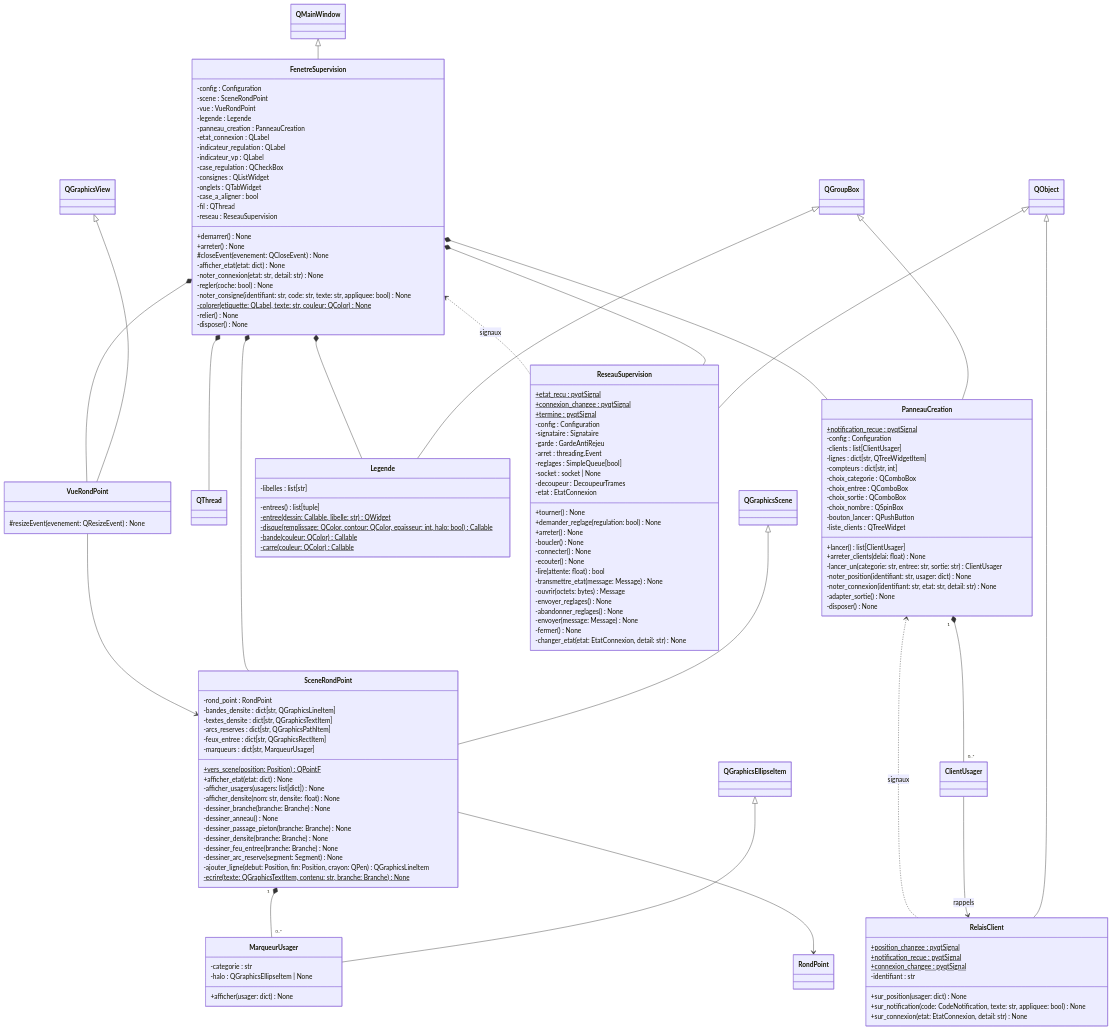
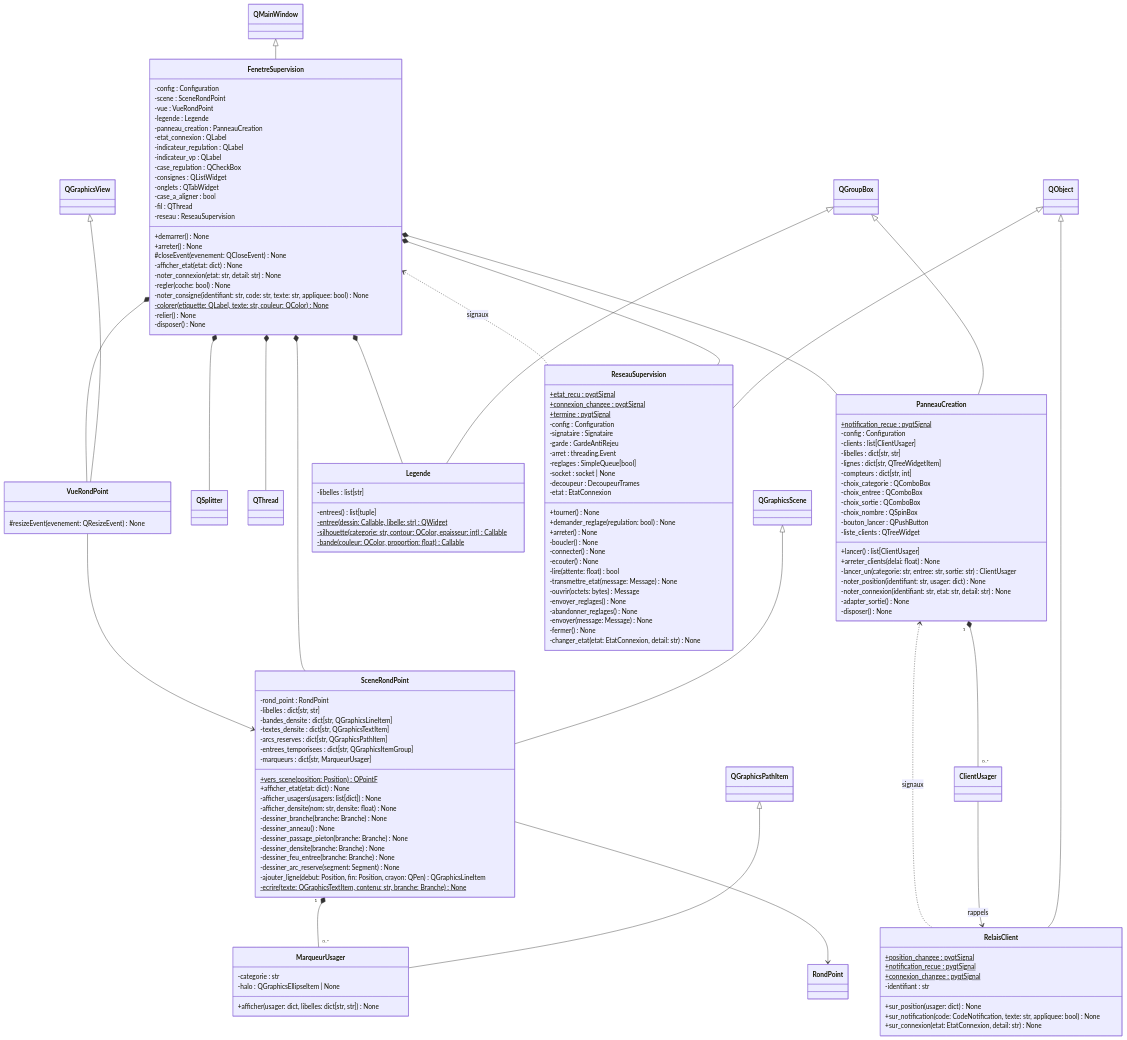
Before and after one commit to vRayzix/SAE3.02_Developper-une-application-communicante: diagram 11 of 12 in docs/uml.md, drawn with Mermaid. The commit also changed other lines of this file, not shown here.

First line of the commit message:
docs(uml): géométrie de Bel Air, voies de l'anneau, cap et nouvelle scène

```diff
--- a/docs/uml.md
+++ b/docs/uml.md
@@ -655,7 +708,8 @@
     class QMainWindow
     class QGraphicsScene
     class QGraphicsView
-    class QGraphicsEllipseItem
+    class QGraphicsPathItem
+    class QSplitter
     class QGroupBox
     class QObject
     class QThread
@@ -689,10 +743,11 @@
 
     class SceneRondPoint {
         -rond_point : RondPoint
+        -libelles : dict[str, str]
         -bandes_densite : dict[str, QGraphicsLineItem]
         -textes_densite : dict[str, QGraphicsTextItem]
         -arcs_reserves : dict[str, QGraphicsPathItem]
-        -feux_entree : dict[str, QGraphicsRectItem]
+        -entrees_temporisees : dict[str, QGraphicsItemGroup]
         -marqueurs : dict[str, MarqueurUsager]
         +vers_scene(position: Position) QPointF$
         +afficher_etat(etat: dict) None
@@ -711,7 +766,7 @@
     class MarqueurUsager {
         -categorie : str
         -halo : QGraphicsEllipseItem | None
-        +afficher(usager: dict) None
+        +afficher(usager: dict, libelles: dict[str, str]) None
     }
 
     class VueRondPoint {
@@ -722,9 +777,8 @@
         -libelles : list[str]
         -entrees() list[tuple]
         -entree(dessin: Callable, libelle: str) QWidget$
-        -disque(remplissage: QColor, contour: QColor, epaisseur: int, halo: bool) Callable$
-        -bande(couleur: QColor) Callable$
-        -carre(couleur: QColor) Callable$
+        -silhouette(categorie: str, contour: QColor, epaisseur: int) Callable$
+        -bande(couleur: QColor, proportion: float) Callable$
     }
 
     class ReseauSupervision {
@@ -759,6 +813,7 @@
         +notification_recue : pyqtSignal$
         -config : Configuration
         -clients : list[ClientUsager]
+        -libelles : dict[str, str]
         -lignes : dict[str, QTreeWidgetItem]
         -compteurs : dict[str, int]
         -choix_categorie : QComboBox
@@ -789,7 +844,7 @@
     QMainWindow <|-- FenetreSupervision
     QGraphicsScene <|-- SceneRondPoint
     QGraphicsView <|-- VueRondPoint
-    QGraphicsEllipseItem <|-- MarqueurUsager
+    QGraphicsPathItem <|-- MarqueurUsager
     QGroupBox <|-- Legende
     QGroupBox <|-- PanneauCreation
     QObject <|-- ReseauSupervision
@@ -799,6 +854,7 @@
     FenetreSupervision *-- Legende
     FenetreSupervision *-- PanneauCreation
     FenetreSupervision *-- QThread
+    FenetreSupervision *-- QSplitter
     FenetreSupervision *-- ReseauSupervision
     VueRondPoint --> SceneRondPoint
     SceneRondPoint "1" *-- "0..*" MarqueurUsager
```
